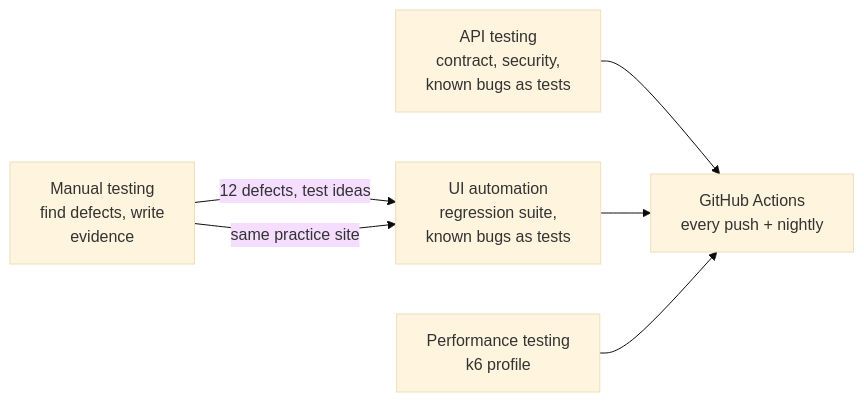
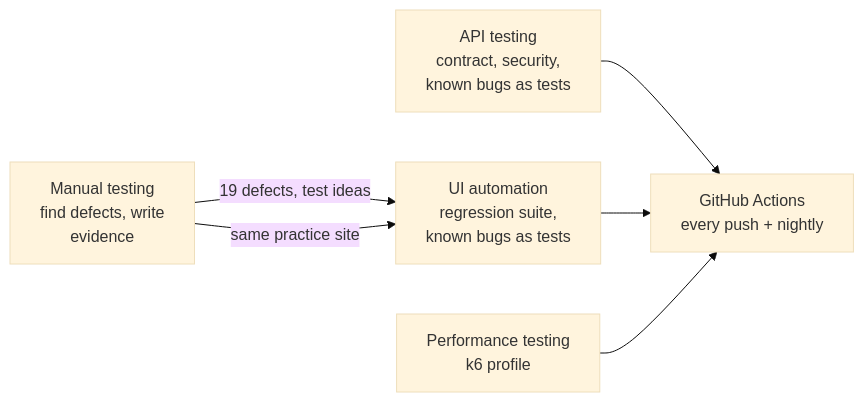
One commit to jahidulislamrihan26/sqa-portfolio changed the diagram in README.md. Above: the diagram before and after it, drawn with Mermaid (base theme). The commit also changed other lines of this file and 26 other files, not shown here.

Commit message:
Manual testing v2: 85 cases, real Edge and axe scan, security and URL-handling review, 7 new defects, updated verdict

````diff
--- a/README.md
+++ b/README.md
@@ -19,8 +19,8 @@
 ```mermaid
 flowchart LR
-    M[Manual testing<br/>find defects, write<br/>evidence] -->|12 defects, test ideas| A[UI automation<br/>regression suite,<br/>known bugs as tests]
+    M[Manual testing<br/>find defects, write<br/>evidence] -->|19 defects, test ideas| A[UI automation<br/>regression suite,<br/>known bugs as tests]
     M -->|same practice site| A
     API[API testing<br/>contract, security,<br/>known bugs as tests] --> CI
     A --> CI[GitHub Actions<br/>every push + nightly]
     P[Performance testing<br/>k6 profile] --> CI
 ```
````
